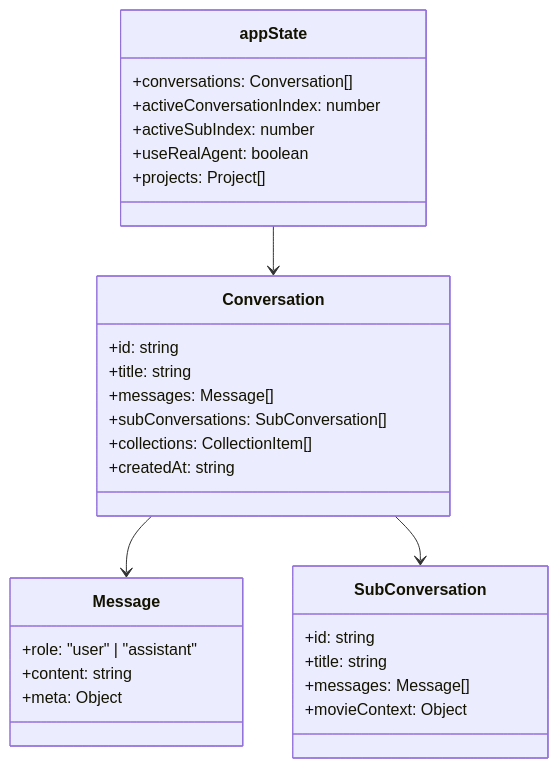
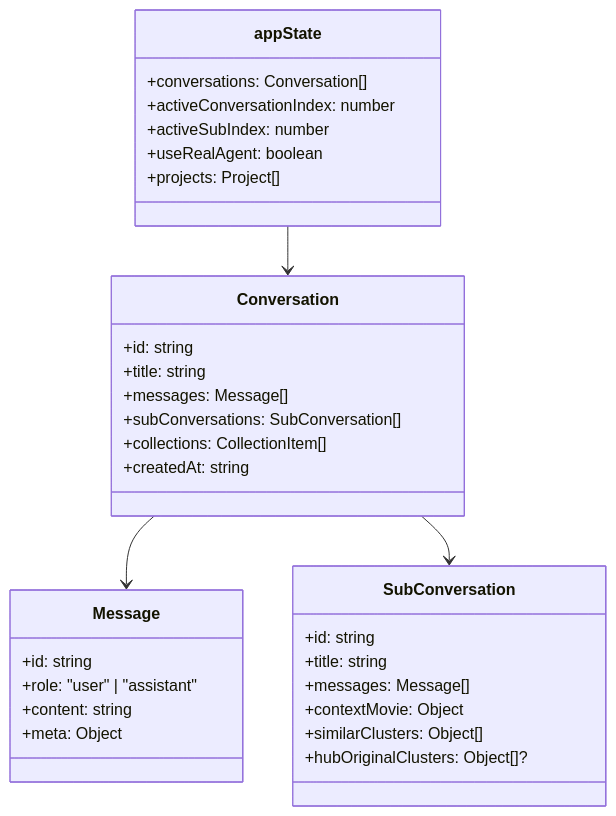
The third of 12 diagrams in docs/features/web/WEB_FRONTEND.md (mayad123/movieAgent), drawn with Mermaid before and after one commit. The commit also changed other lines of this file and 128 other files, not shown here.

````diff
--- a/docs/features/web/WEB_FRONTEND.md
+++ b/docs/features/web/WEB_FRONTEND.md
@@ -152,36 +169,39 @@
 ```mermaid
 classDiagram
     class appState {
         +conversations: Conversation[]
         +activeConversationIndex: number
         +activeSubIndex: number
         +useRealAgent: boolean
         +projects: Project[]
     }
 
     class Conversation {
         +id: string
         +title: string
         +messages: Message[]
         +subConversations: SubConversation[]
         +collections: CollectionItem[]
         +createdAt: string
     }
 
     class Message {
+        +id: string
         +role: "user" | "assistant"
         +content: string
         +meta: Object
     }
 
     class SubConversation {
         +id: string
         +title: string
         +messages: Message[]
-        +movieContext: Object
+        +contextMovie: Object
+        +similarClusters: Object[]
+        +hubOriginalClusters: Object[]?
     }
 
     appState --> Conversation
     Conversation --> Message
     Conversation --> SubConversation
 ```
````
